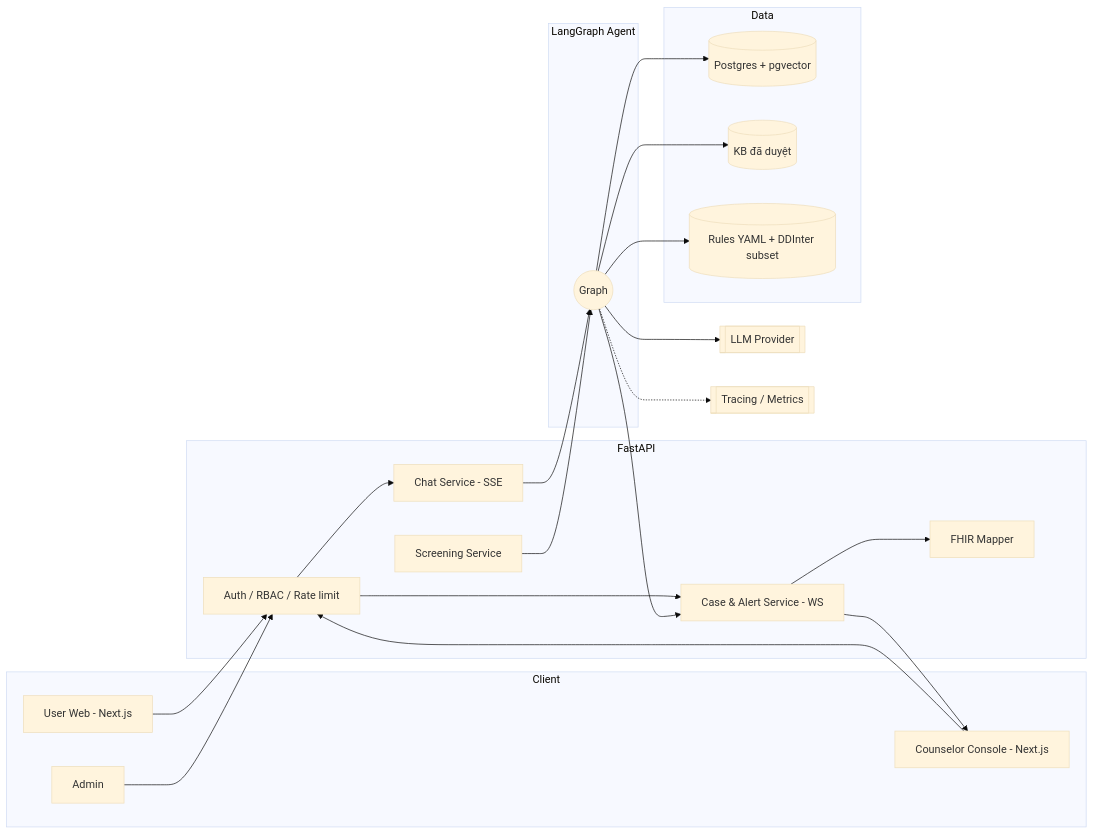
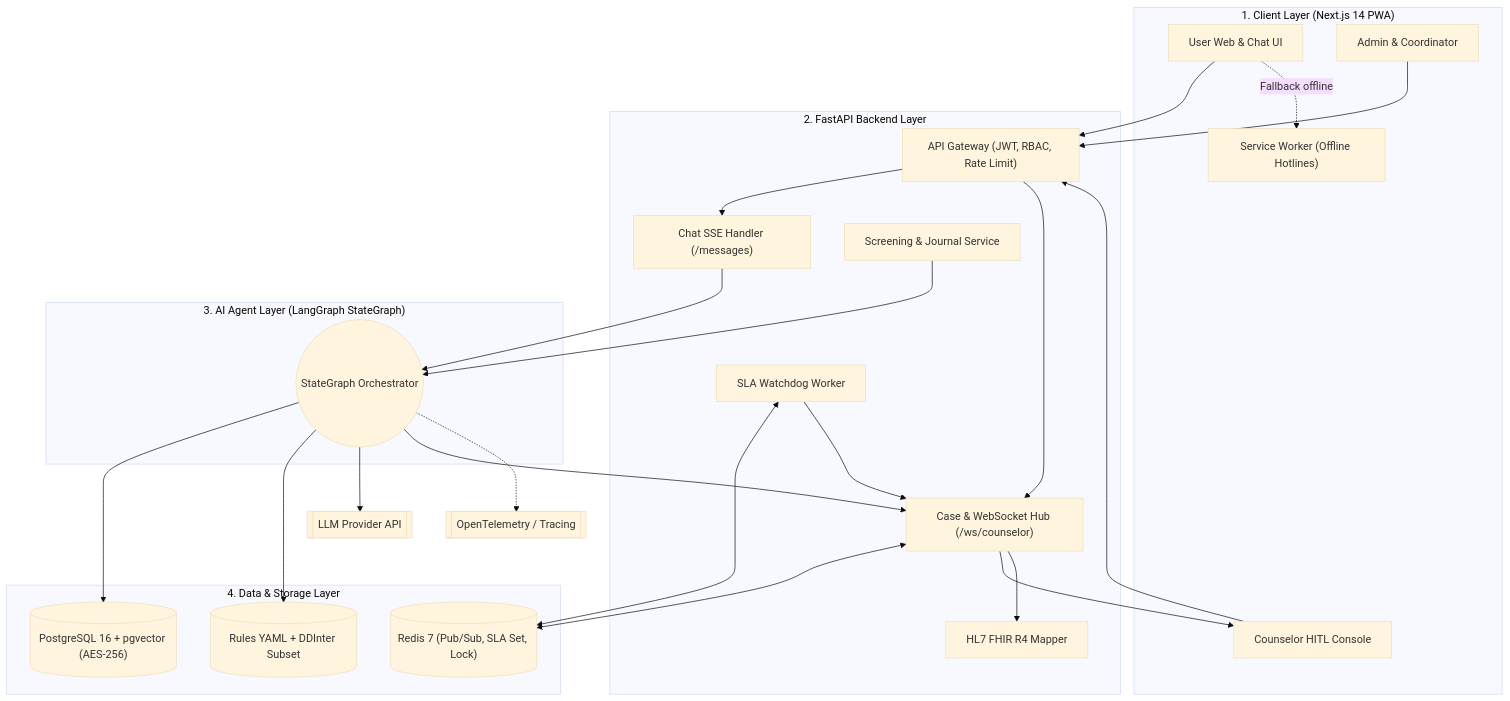
The first of 2 diagrams in docs/02-PRD.md (Quangvu256/demo-buildphase), drawn with Mermaid (base theme) before and after one commit. The commit also changed other lines of this file and 5 other files, not shown here.

Commit message:
feat: add database env vars, wireframes, PRD, architecture ADR, and interactive demo UI

````diff
--- a/docs/02-PRD.md
+++ b/docs/02-PRD.md
@@ -169,38 +172,43 @@
 ```mermaid
-flowchart LR
-  subgraph Client
-    U[User Web - Next.js]
-    C[Counselor Console - Next.js]
-    A[Admin]
+flowchart TB
+  subgraph Client_Layer ["1. Client Layer (Next.js 14 PWA)"]
+    U["User Web & Chat UI"]
+    C["Counselor HITL Console"]
+    A["Admin & Coordinator"]
+    SW["Service Worker (Offline Hotlines)"]
   end
-  subgraph API[FastAPI]
-    GW[Auth / RBAC / Rate limit]
-    CHAT[Chat Service - SSE]
-    CASE[Case & Alert Service - WS]
-    SCR[Screening Service]
-    FHIR[FHIR Mapper]
+  subgraph API ["2. FastAPI Backend Layer"]
+    GW["API Gateway (JWT, RBAC, Rate Limit)"]
+    CHAT["Chat SSE Handler (/messages)"]
+    CASE["Case & WebSocket Hub (/ws/counselor)"]
+    SCR["Screening & Journal Service"]
+    FHIR["HL7 FHIR R4 Mapper"]
+    SLA["SLA Watchdog Worker"]
   end
-  subgraph Agent[LangGraph Agent]
-    G((Graph))
+  subgraph Agent ["3. AI Agent Layer (LangGraph StateGraph)"]
+    G(("StateGraph Orchestrator"))
   end
-  subgraph Data
-    PG[(Postgres + pgvector)]
-    KB[(KB đã duyệt)]
-    RULES[(Rules YAML + DDInter subset)]
+  subgraph Data ["4. Data & Storage Layer"]
+    PG[("PostgreSQL 16 + pgvector (AES-256)")]
+    RD[("Redis 7 (Pub/Sub, SLA Set, Lock)")]
+    RULES[("Rules YAML + DDInter Subset")]
   end
-  LLM[[LLM Provider]]
-  OBS[[Tracing / Metrics]]
+  LLM[["LLM Provider API"]]
+  OBS[["OpenTelemetry / Tracing"]]
 
   U --> GW --> CHAT --> G
+  U -.->|"Fallback offline"| SW
   C --> GW --> CASE
   A --> GW
   G --> PG
-  G --> KB
   G --> RULES
   G --> LLM
   G --> CASE
+  CASE <--> RD
+  SLA <--> RD
+  SLA --> CASE
   CASE --> C
   SCR --> G
   CASE --> FHIR
   G -.-> OBS
 ```
````
